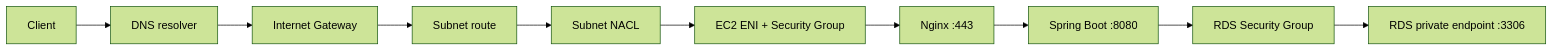
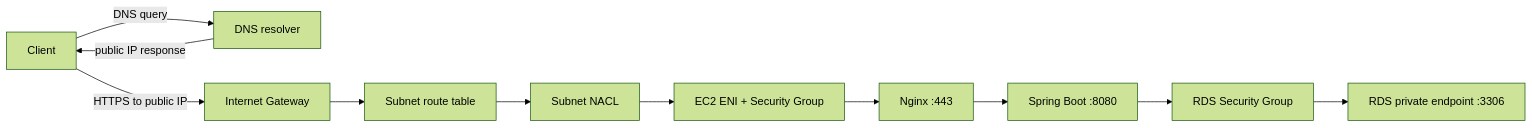
The diagram in Study/Infra/AWS/03. VPC와 네트워크 흐름.md (guseoh/cs), drawn with Mermaid (forest theme) before and after one commit. The commit also changed other lines of this file and 5 other files, not shown here.

````diff
--- a/Study/Infra/AWS/03. VPC와 네트워크 흐름.md
+++ b/Study/Infra/AWS/03. VPC와 네트워크 흐름.md
@@ -27,12 +27,13 @@
 ```mermaid
 flowchart LR
-    Client --> DNS["DNS resolver"]
-    DNS --> IGW["Internet Gateway"]
-    IGW --> Route["Subnet route"]
+    Client -->|"DNS query"| DNS["DNS resolver"]
+    DNS -->|"public IP response"| Client
+    Client -->|"HTTPS to public IP"| IGW["Internet Gateway"]
+    IGW --> Route["Subnet route table"]
     Route --> NACL["Subnet NACL"]
     NACL --> ENI["EC2 ENI + Security Group"]
     ENI --> Nginx["Nginx :443"]
     Nginx --> Backend["Spring Boot :8080"]
     Backend --> RDSSG["RDS Security Group"]
     RDSSG --> RDS["RDS private endpoint :3306"]
 ```
````
